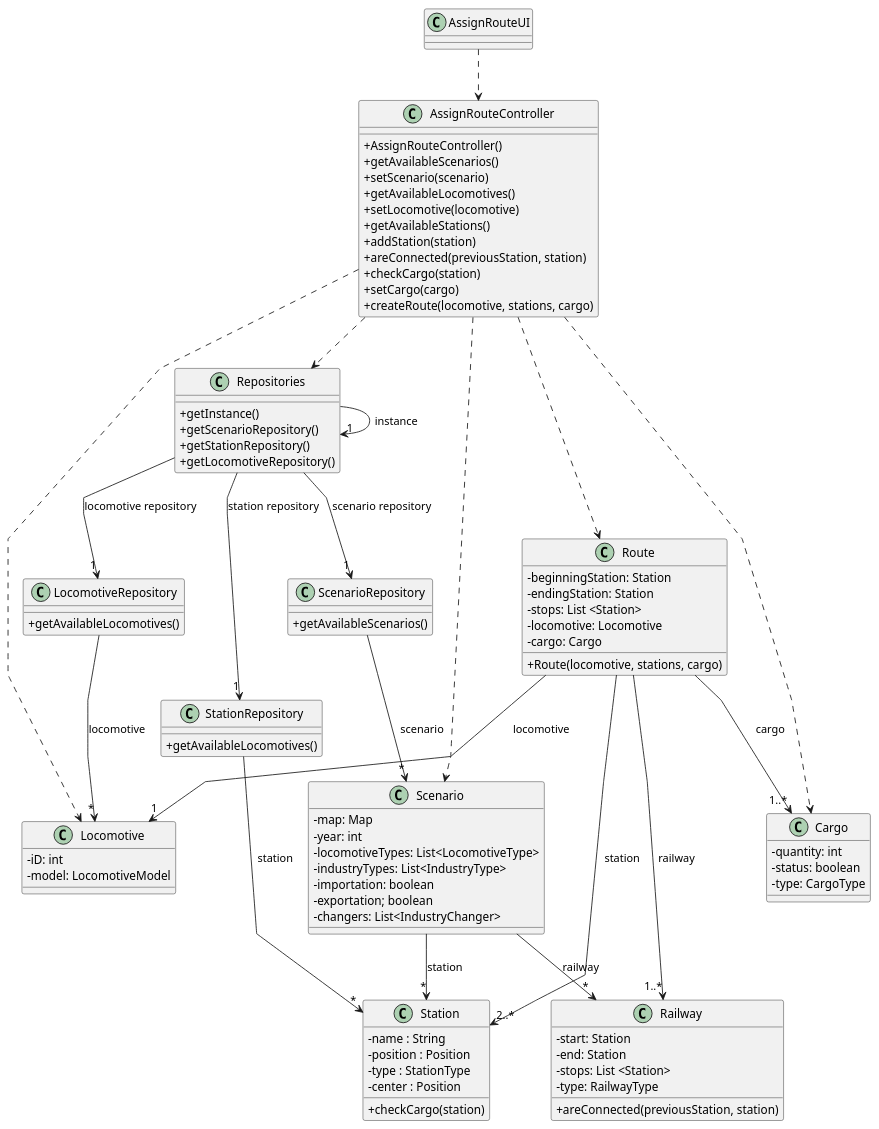
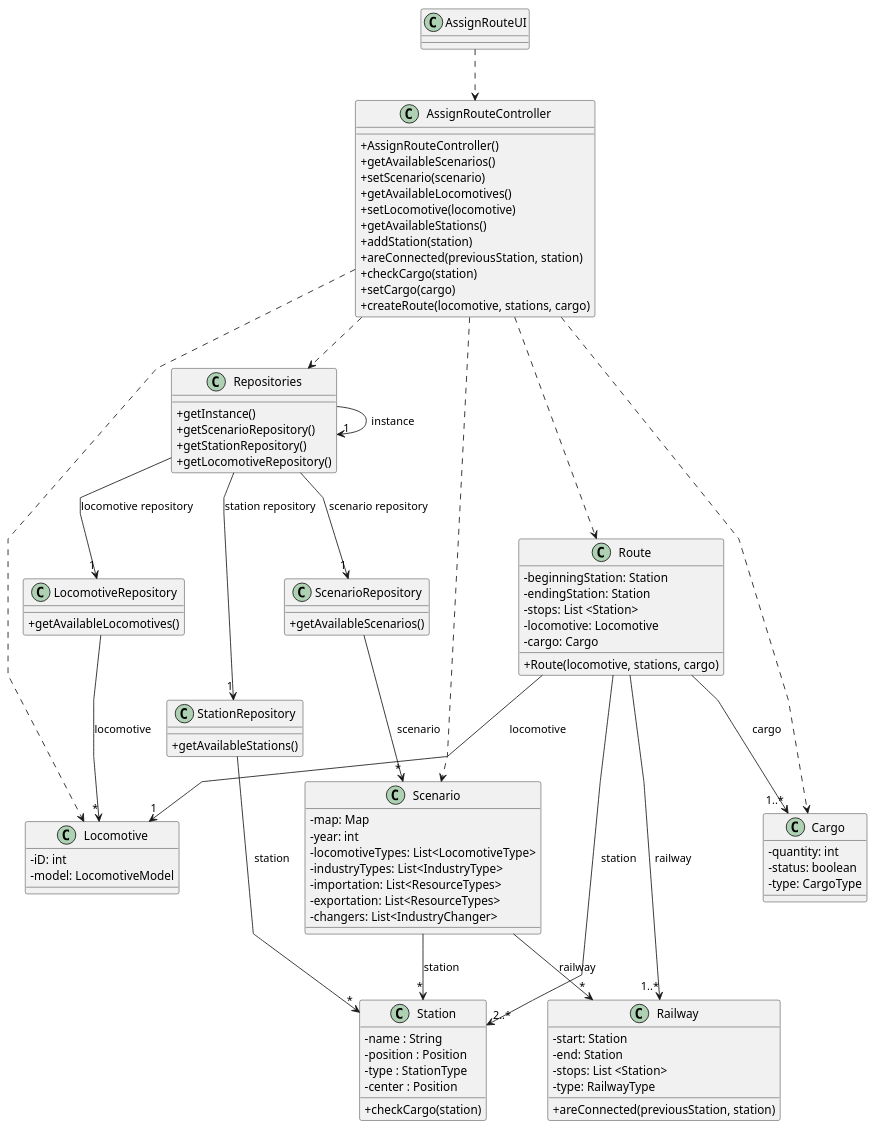
One commit to 1240935/pi2-railway-simulator changed the diagram in Sprint2/US010/03.design/puml/US010-CD.puml. Above: the diagram before and after it, drawn with PlantUML. The commit also changed 6 other files, not shown here.

```diff
--- a/Sprint2/US010/03.design/puml/US010-CD.puml
+++ b/Sprint2/US010/03.design/puml/US010-CD.puml
@@ -1,120 +1,120 @@
 @startuml
 'skinparam monochrome true
 skinparam packageStyle rectangle
 skinparam shadowing false
 skinparam linetype polyline
 'skinparam linetype orto
 
 skinparam classAttributeIconSize 0
 
 'left to right direction
 
 class AssignRouteUI {
 
 }
 
 class AssignRouteController {
       +AssignRouteController()
       +getAvailableScenarios()
       +setScenario(scenario)
       +getAvailableLocomotives()
       +setLocomotive(locomotive)
       +getAvailableStations()
       +addStation(station)
       +areConnected(previousStation, station)
       +checkCargo(station)
       +setCargo(cargo)
       +createRoute(locomotive, stations, cargo)
 }
 
 class Repositories {
   +getInstance()
   +getScenarioRepository()
   +getStationRepository()
   +getLocomotiveRepository()
 }
 
 class ScenarioRepository {
   +getAvailableScenarios()
 }
 
 class StationRepository {
-  +getAvailableLocomotives()
+  +getAvailableStations()
 }
 
 class LocomotiveRepository {
   +getAvailableLocomotives()
 }
 
 class Scenario {
        -map: Map
        -year: int
        -locomotiveTypes: List<LocomotiveType>
        -industryTypes: List<IndustryType>
-       -importation: boolean
-       -exportation; boolean
+       -importation: List<ResourceTypes>
+       -exportation: List<ResourceTypes>
        -changers: List<IndustryChanger>
 }
 
 class Station {
   -name : String
   -position : Position
   -type : StationType
   -center : Position
   +checkCargo(station)
 }
 
 class Route {
   +Route(locomotive, stations, cargo)
   -beginningStation: Station
   -endingStation: Station
   -stops: List <Station>
   -locomotive: Locomotive
   -cargo: Cargo
 }
 
 class Locomotive {
   -iD: int
   -model: LocomotiveModel
 }
 
 class Cargo {
   -quantity: int
   -status: boolean
   -type: CargoType
 }
 
 class Railway{
    -start: Station
    -end: Station
    -stops: List <Station>
    -type: RailwayType
    +areConnected(previousStation, station)
 }
 
 
 AssignRouteUI ..> AssignRouteController
 
 AssignRouteController ..> Repositories
 AssignRouteController ..> Route
 AssignRouteController ..> Scenario
 AssignRouteController ..> Locomotive
 AssignRouteController ..> Cargo
 
 Repositories -> "1" Repositories : instance
 Repositories --> "1" ScenarioRepository : scenario repository
 Repositories --> "1" StationRepository : station repository
 Repositories --> "1" LocomotiveRepository : locomotive repository
 
 StationRepository --> "*" Station : station
 LocomotiveRepository --> "*" Locomotive: locomotive
 ScenarioRepository --> "*" Scenario: scenario
 
 Scenario --> "*" Station : station
 Scenario --> "*" Railway: railway
 
 Route --> "1" Locomotive : locomotive
 Route --> "2..*" Station : station
 Route --> "1..*" Cargo : cargo
 Route --> "1..*" Railway: railway
 @enduml
```
